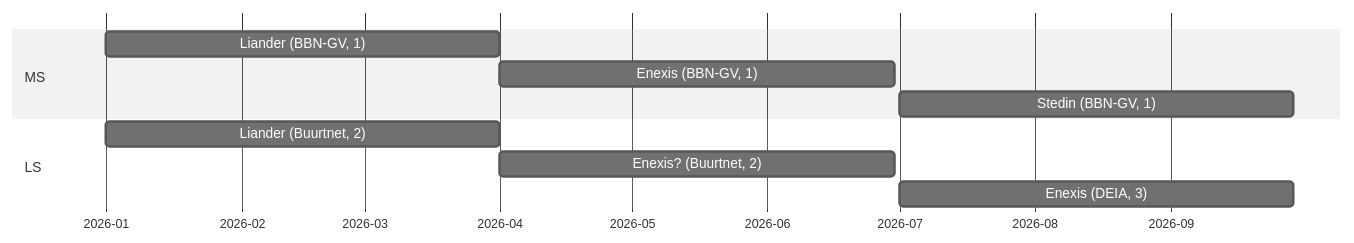
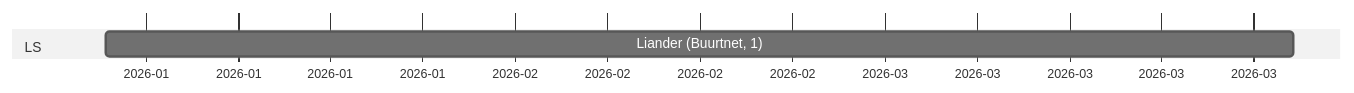
Before and after one commit to Netbeheer-Nederland/presentations: the third of 6 diagrams in src/profile-group-20250113/index.adoc, drawn with Mermaid. The commit also changed other lines of this file, not shown here.

```diff
--- a/src/profile-group-20250113/index.adoc
+++ b/src/profile-group-20250113/index.adoc
@@ -229,17 +225,10 @@
 [mermaid]
 ----
 %%{init: {"theme":"neutral"}}%%
 gantt
     dateFormat  YYYY-MM-DD
     axisFormat  %Y-%m
 
-    section MS
-    Liander (BBN-GV, 1) :2026-01-01, 90d
-    Enexis (BBN-GV, 1) :2026-04-01, 90d
-    Stedin (BBN-GV, 1) :2026-07-01, 90d
-
     section LS
-    Liander (Buurtnet, 2) :2026-01-01, 90d
-    Enexis? (Buurtnet, 2) :2026-04-01, 90d
-    Enexis (DEIA, 3) :2026-07-01, 90d
+    Liander (Buurtnet, 1) :2026-01-01, 90d
 ----
```
